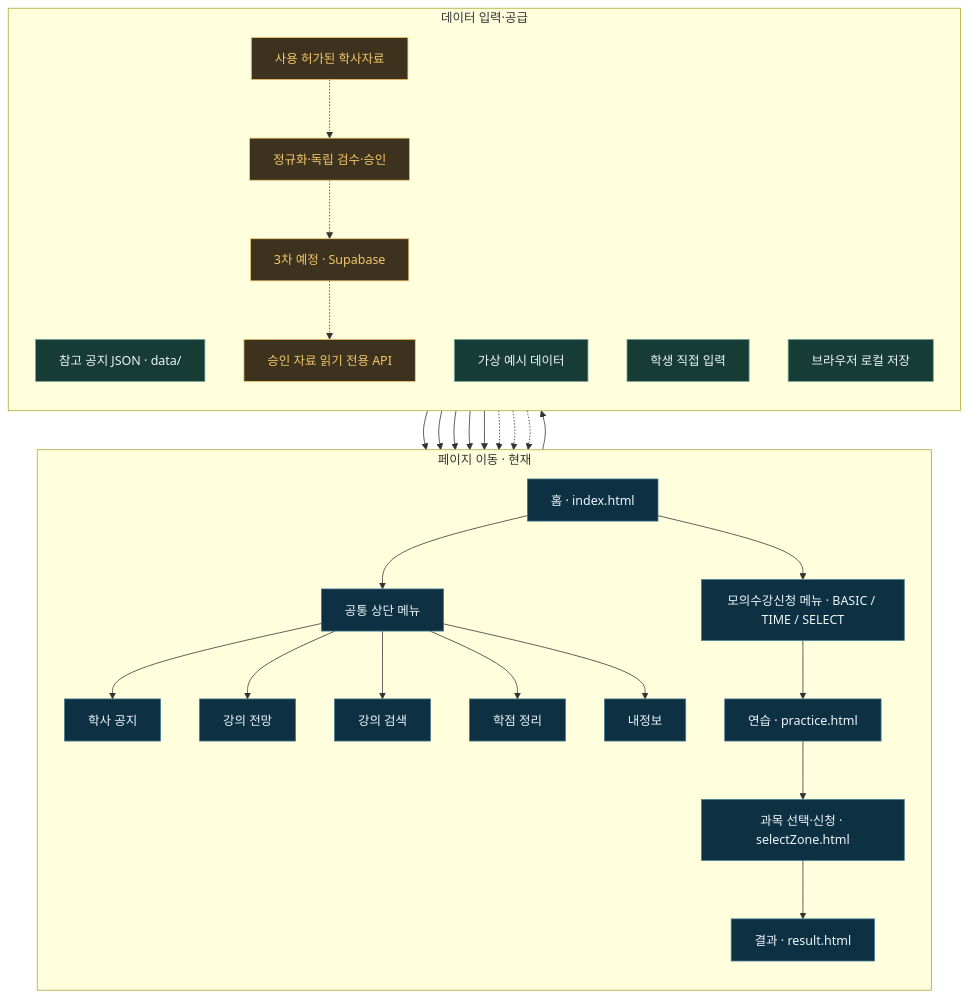
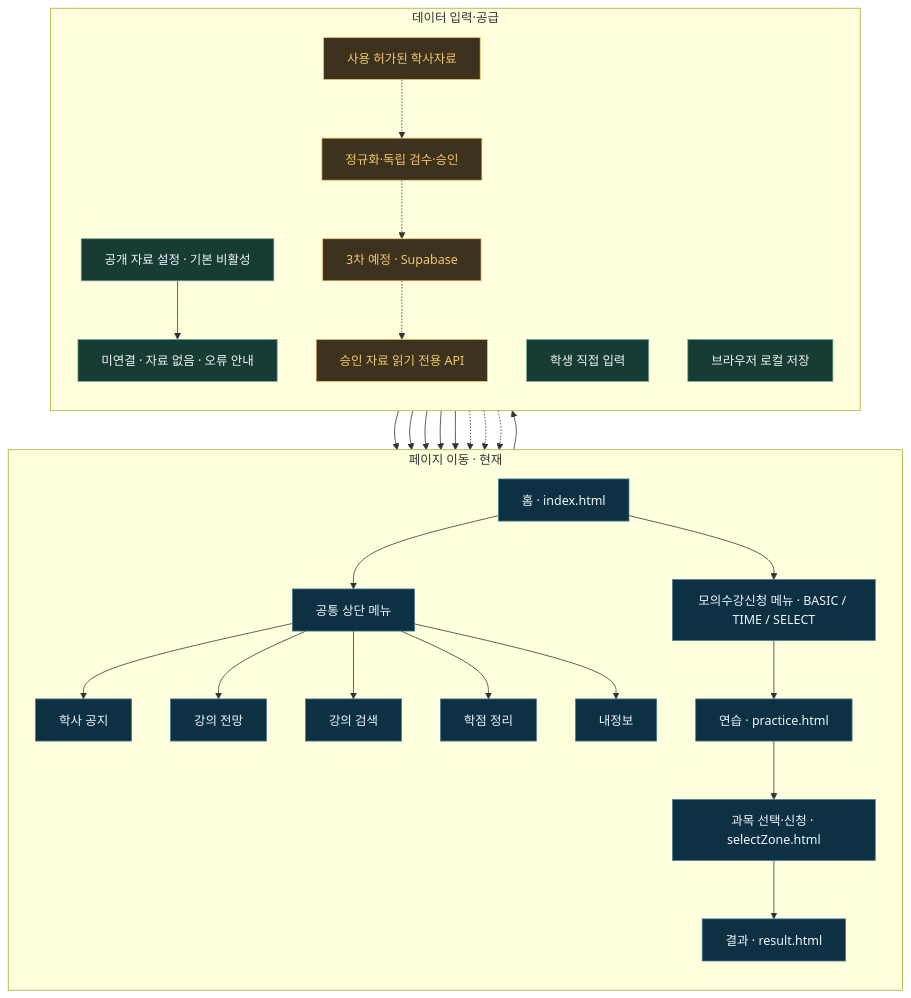
One commit to chny0n/Hanmo changed the diagram in README.md. Above: the diagram before and after it, drawn with Mermaid. The commit also changed other lines of this file and 20 other files, not shown here.

````diff
--- a/README.md
+++ b/README.md
@@ -59,39 +59,40 @@
 ```mermaid
 flowchart TB
     subgraph P["페이지 이동 · 현재"]
         direction TB
         H["홈 · index.html"] --> NAV["공통 상단 메뉴"]
         NAV --> N["학사 공지"]
         NAV --> F["강의 전망"]
         NAV --> C["강의 검색"]
         NAV --> G["학점 정리"]
         NAV --> I["내정보"]
         H --> M["모의수강신청 메뉴 · BASIC / TIME / SELECT"]
         M --> PR["연습 · practice.html"]
         PR --> SZ["과목 선택·신청 · selectZone.html"]
         SZ --> R["결과 · result.html"]
     end
 
     subgraph D["데이터 입력·공급"]
         direction TB
-        J["참고 공지 JSON · data/"] --> N
-        X["가상 예시 데이터"] --> F
-        X --> C
+        J["공개 자료 설정 · 기본 비활성"] --> E["미연결 · 자료 없음 · 오류 안내"]
+        E --> N
+        E --> F
+        E --> C
         U["학생 직접 입력"] --> I
         I --> LS["브라우저 로컬 저장"]
         U --> G
         S["사용 허가된 학사자료"] -.-> V["정규화·독립 검수·승인"]
         V -.-> DB["3차 예정 · Supabase"]
         DB -.-> API["승인 자료 읽기 전용 API"]
         API -.-> N
         API -.-> F
         API -.-> C
     end
 
     classDef page fill:#0d3042,stroke:#467c96,color:#eff6fc
     classDef data fill:#173b35,stroke:#78ad9e,color:#eff6fc
     classDef planned fill:#3c321e,stroke:#f4c76c,color:#f4c76c
     class H,NAV,N,F,C,G,I,M,PR,SZ,R page
-    class J,X,U,LS data
+    class J,E,U,LS data
     class S,V,DB,API planned
 ```
````
